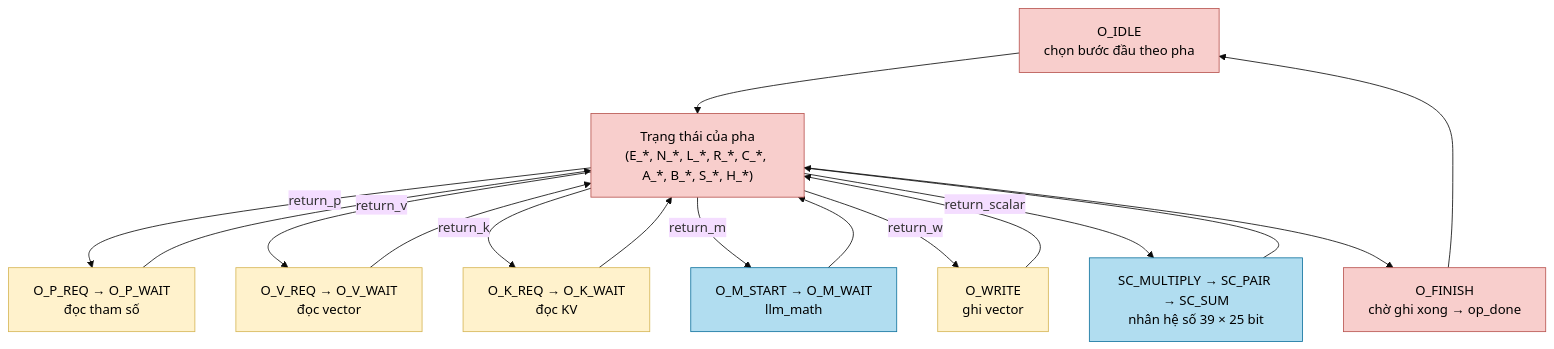
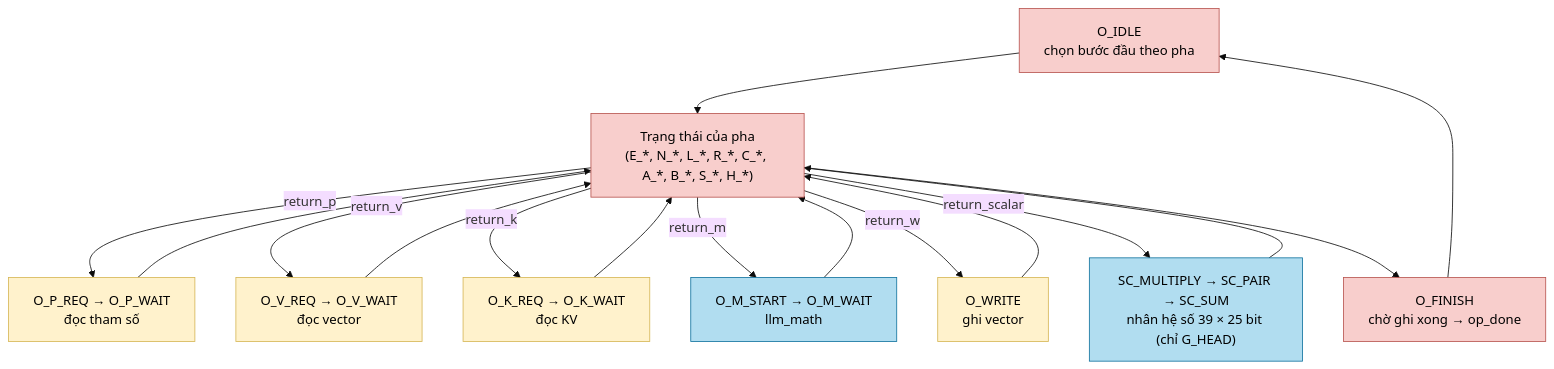
One commit to nguyennhutkhanhtom/NPU changed the third of 3 diagrams in Verilog Source code/doc/modules/llm_soc.md. Above: the diagram before and after it, drawn with Mermaid (base theme). The commit also changed other lines of this file and 16 other files, not shown here.

````diff
--- a/Verilog Source code/doc/modules/llm_soc.md
+++ b/Verilog Source code/doc/modules/llm_soc.md
@@ -182,21 +183,21 @@
 ```mermaid
 flowchart TB
     classDef ctrl fill:#f8cecc,stroke:#b85450,color:#000
     classDef move fill:#fff2cc,stroke:#d6b656,color:#000
     classDef mac fill:#b1ddf0,stroke:#10739e,color:#000
     IDLE["O_IDLE<br/>chọn bước đầu theo pha"]:::ctrl --> STEP["Trạng thái của pha<br/>(E_*, N_*, L_*, R_*, C_*, A_*, B_*, S_*, H_*)"]:::ctrl
     STEP -->|"return_p"| P["O_P_REQ → O_P_WAIT<br/>đọc tham số"]:::move
     STEP -->|"return_v"| V["O_V_REQ → O_V_WAIT<br/>đọc vector"]:::move
     STEP -->|"return_k"| K["O_K_REQ → O_K_WAIT<br/>đọc KV"]:::move
     STEP -->|"return_m"| M["O_M_START → O_M_WAIT<br/>llm_math"]:::mac
     STEP -->|"return_w"| W["O_WRITE<br/>ghi vector"]:::move
-    STEP -->|"return_scalar"| S["SC_MULTIPLY → SC_PAIR → SC_SUM<br/>nhân hệ số 39 × 25 bit"]:::mac
+    STEP -->|"return_scalar"| S["SC_MULTIPLY → SC_PAIR → SC_SUM<br/>nhân hệ số 39 × 25 bit (chỉ G_HEAD)"]:::mac
     P --> STEP
     V --> STEP
     K --> STEP
     M --> STEP
     W --> STEP
     S --> STEP
     STEP --> FIN["O_FINISH<br/>chờ ghi xong → op_done"]:::ctrl
     FIN --> IDLE
 ```
````
